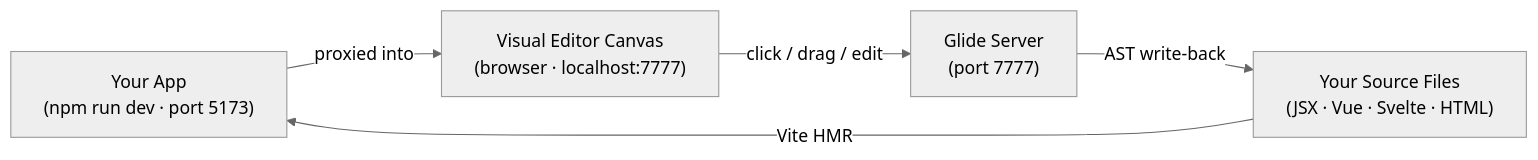
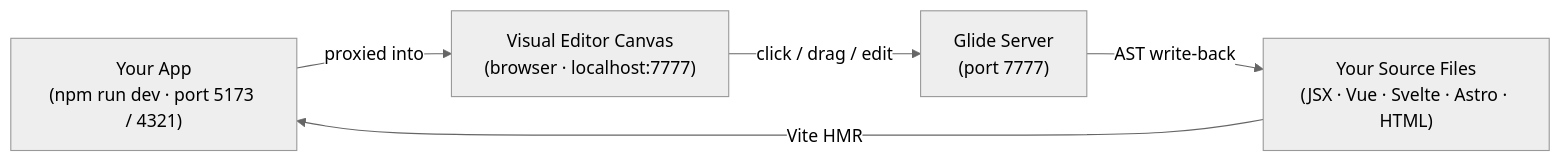
The diagram in README.md (SrivarsanK/Glide), drawn with Mermaid (neutral theme) before and after one commit. The commit also changed other lines of this file and 1 other file, not shown here.

````diff
--- a/README.md
+++ b/README.md
@@ -30,12 +30,12 @@
 ```mermaid
 flowchart LR
-    App["Your App\n(npm run dev · port 5173)"]
+    App["Your App\n(npm run dev · port 5173 / 4321)"]
     Server["Glide Server\n(port 7777)"]
     Canvas["Visual Editor Canvas\n(browser · localhost:7777)"]
-    Files["Your Source Files\n(JSX · Vue · Svelte · HTML)"]
+    Files["Your Source Files\n(JSX · Vue · Svelte · Astro · HTML)"]
 
     App -->|"proxied into"| Canvas
     Canvas -->|"click / drag / edit"| Server
     Server -->|"AST write-back"| Files
     Files -->|"Vite HMR"| App
 ```
````
